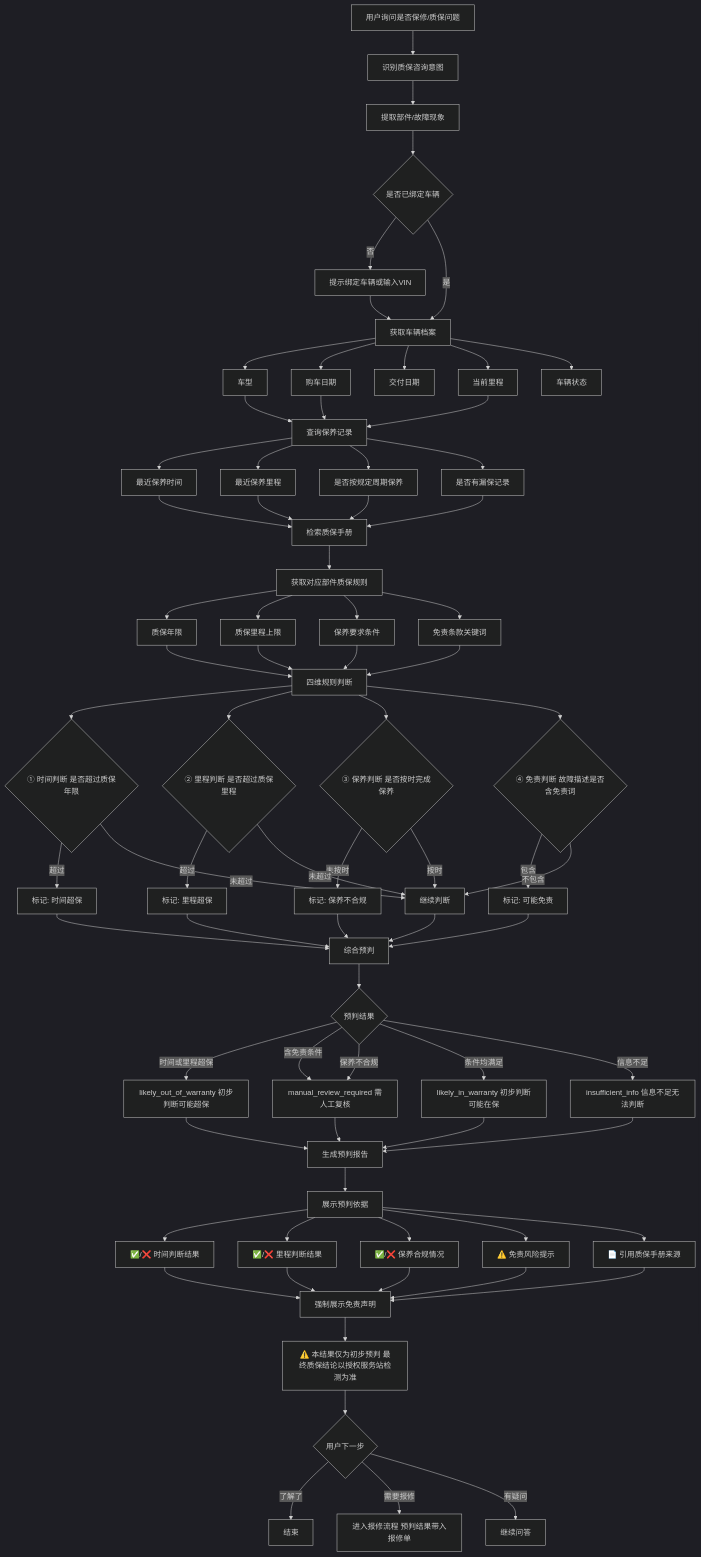
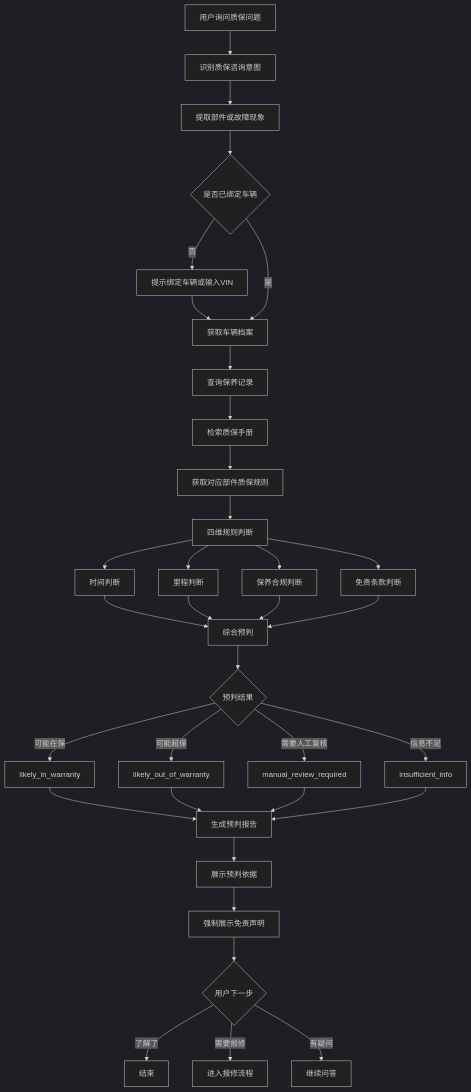
Before and after one commit to evanwusibin/auto-carcrm: the diagram in flows/03_业务流程/06_质保预判流程.md, drawn with Mermaid (dark theme). The commit also changed other lines of this file and 229 other files, not shown here.

````diff
--- a/flows/03_业务流程/06_质保预判流程.md
+++ b/flows/03_业务流程/06_质保预判流程.md
@@ -11,95 +11,42 @@
 ```mermaid
 flowchart TD
-    A[用户询问是否保修/质保问题] --> B[识别质保咨询意图]
-    B --> C[提取部件/故障现象]
-
+    A[用户询问质保问题] --> B[识别质保咨询意图]
+    B --> C[提取部件或故障现象]
     C --> D{是否已绑定车辆}
     D -- 否 --> E[提示绑定车辆或输入VIN]
     E --> F[获取车辆档案]
     D -- 是 --> F
 
-    F --> F1[车型]
-    F --> F2[购车日期]
-    F --> F3[交付日期]
-    F --> F4[当前里程]
-    F --> F5[车辆状态]
+    F --> G[查询保养记录]
+    G --> H[检索质保手册]
+    H --> I[获取对应部件质保规则]
+    I --> J[四维规则判断]
 
-    F1 --> G[查询保养记录]
-    F2 --> G
-    F4 --> G
+    J --> J1[时间判断]
+    J --> J2[里程判断]
+    J --> J3[保养合规判断]
+    J --> J4[免责条款判断]
 
-    G --> G1[最近保养时间]
-    G --> G2[最近保养里程]
-    G --> G3[是否按规定周期保养]
-    G --> G4[是否有漏保记录]
+    J1 --> K[综合预判]
+    J2 --> K
+    J3 --> K
+    J4 --> K
 
-    G1 --> H[检索质保手册]
-    G2 --> H
-    G3 --> H
-    G4 --> H
+    K --> L{预判结果}
+    L -- 可能在保 --> M1[likely_in_warranty]
+    L -- 可能超保 --> M2[likely_out_of_warranty]
+    L -- 需要人工复核 --> M3[manual_review_required]
+    L -- 信息不足 --> M4[insufficient_info]
 
-    H --> I[获取对应部件质保规则]
-    I --> I1[质保年限]
-    I --> I2[质保里程上限]
-    I --> I3[保养要求条件]
-    I --> I4[免责条款关键词]
+    M1 --> N[生成预判报告]
+    M2 --> N
+    M3 --> N
+    M4 --> N
 
-    I1 --> J[四维规则判断]
-    I2 --> J
-    I3 --> J
-    I4 --> J
-
-    J --> J1{① 时间判断 是否超过质保年限}
-    J --> J2{② 里程判断 是否超过质保里程}
-    J --> J3{③ 保养判断 是否按时完成保养}
-    J --> J4{④ 免责判断 故障描述是否含免责词}
-
-    J1 -- 超过 --> K1[标记: 时间超保]
-    J2 -- 超过 --> K2[标记: 里程超保]
-    J3 -- 未按时 --> K3[标记: 保养不合规]
-    J4 -- 包含 --> K4[标记: 可能免责]
-
-    J1 -- 未超过 --> L[继续判断]
-    J2 -- 未超过 --> L
-    J3 -- 按时 --> L
-    J4 -- 不包含 --> L
-
-    K1 --> M[综合预判]
-    K2 --> M
-    K3 --> M
-    K4 --> M
-    L --> M
-
-    M --> N{预判结果}
-
-    N -- 时间或里程超保 --> O1[likely_out_of_warranty 初步判断可能超保]
-    N -- 含免责条件 --> O2[manual_review_required 需人工复核]
-    N -- 保养不合规 --> O2
-    N -- 条件均满足 --> O3[likely_in_warranty 初步判断可能在保]
-    N -- 信息不足 --> O4[insufficient_info 信息不足无法判断]
-
-    O1 --> P[生成预判报告]
-    O2 --> P
-    O3 --> P
-    O4 --> P
-
-    P --> Q[展示预判依据]
-    Q --> Q1[✅/❌ 时间判断结果]
-    Q --> Q2[✅/❌ 里程判断结果]
-    Q --> Q3[✅/❌ 保养合规情况]
-    Q --> Q4[⚠️ 免责风险提示]
-    Q --> Q5[📄 引用质保手册来源]
-
-    Q1 --> R[强制展示免责声明]
-    Q2 --> R
-    Q3 --> R
-    Q4 --> R
-    Q5 --> R
-
-    R --> S[⚠️ 本结果仅为初步预判 最终质保结论以授权服务站检测为准]
-
-    S --> T{用户下一步}
-    T -- 了解了 --> U[结束]
-    T -- 需要报修 --> V[进入报修流程 预判结果带入报修单]
-    T -- 有疑问 --> W[继续问答]
+    N --> O[展示预判依据]
+    O --> P[强制展示免责声明]
+    P --> Q{用户下一步}
+    Q -- 了解了 --> R[结束]
+    Q -- 需要报修 --> S[进入报修流程]
+    Q -- 有疑问 --> T[继续问答]
 ```
````
